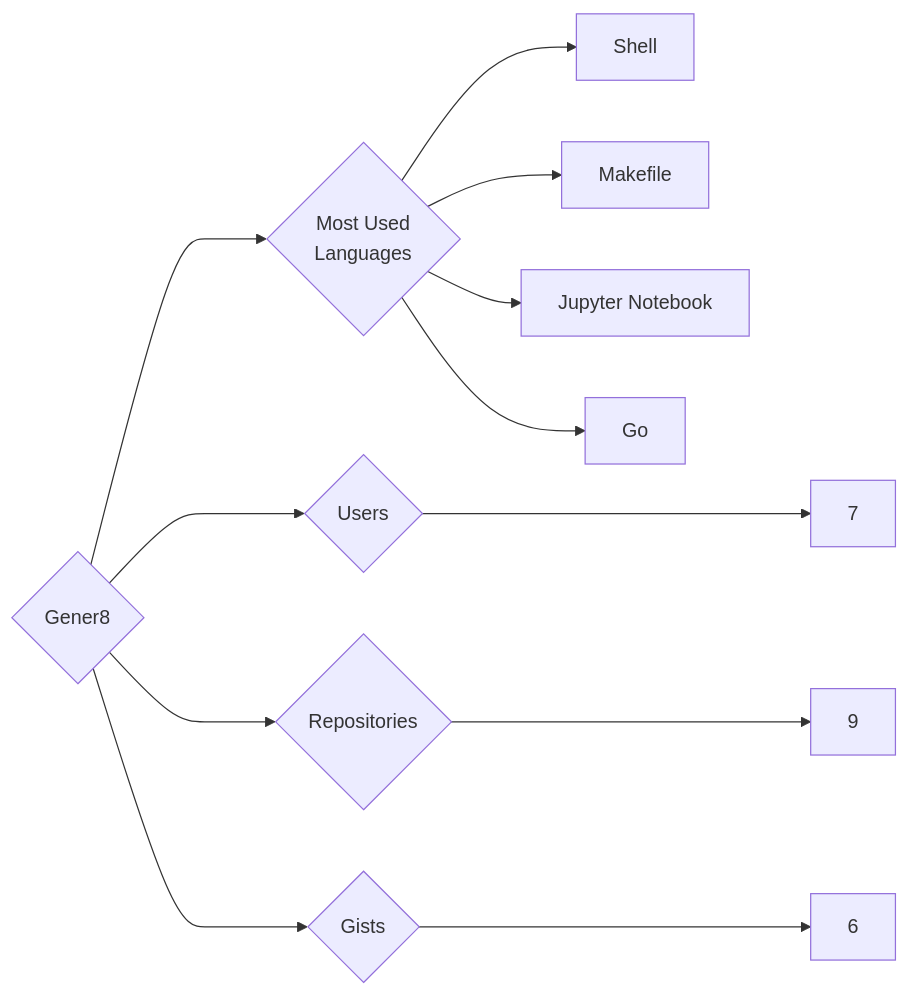
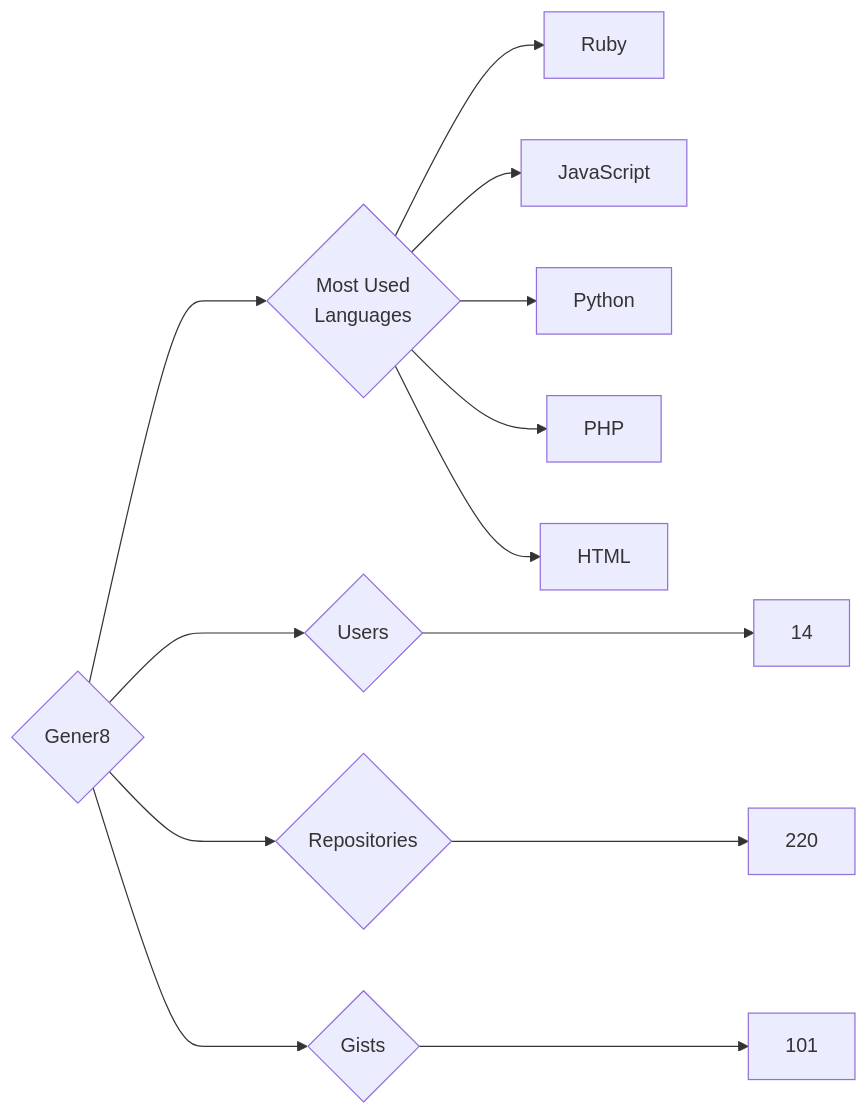
Before and after one commit to trickest/insiders: the diagram in targets/Gener8/README.md, drawn with Mermaid. The commit also changed 895 other files, not shown here.

````diff
--- a/targets/Gener8/README.md
+++ b/targets/Gener8/README.md
@@ -3,12 +3,13 @@
 ```mermaid
 graph LR
 COMPANY_NAME{Gener8}
-COMPANY_NAME ---> U{Users} ---> UN[7]
-COMPANY_NAME ---> R{Repositories} ---> RN[9]
-COMPANY_NAME ---> G{Gists} ---> GN[6]
+COMPANY_NAME ---> U{Users} ---> UN[14]
+COMPANY_NAME ---> R{Repositories} ---> RN[220]
+COMPANY_NAME ---> G{Gists} ---> GN[101]
 COMPANY_NAME ---> ML{Most Used<br>Languages}
-ML --> Shell[Shell]
-ML --> Makefile[Makefile]
-ML --> Jupyter_Notebook[Jupyter Notebook]
-ML --> Go[Go]
+ML --> Ruby[Ruby]
+ML --> JavaScript[JavaScript]
+ML --> Python[Python]
+ML --> PHP[PHP]
+ML --> HTML[HTML]
 ```
````
